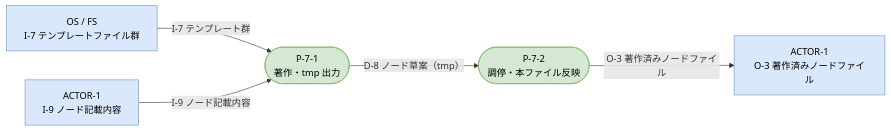
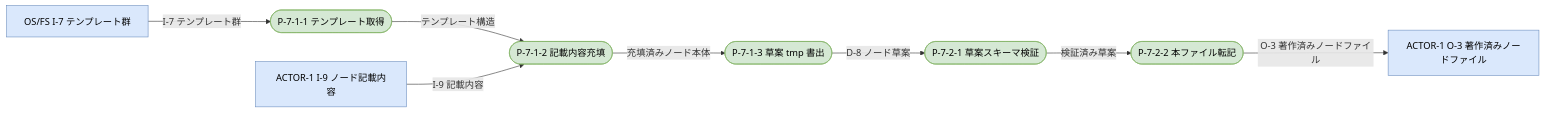
Before and after one commit to hiratashinnya/review-system: diagram 15 of 15 in doc-system/03-analysis/00-dfd.md, drawn with Mermaid. The commit also changed other lines of this file, not shown here.

````diff
--- a/doc-system/03-analysis/00-dfd.md
+++ b/doc-system/03-analysis/00-dfd.md
@@ -169,20 +401,23 @@
 ```mermaid
 flowchart LR
   classDef l1ext fill:#dae8fc,stroke:#6c8ebf,color:#000
   classDef proc  fill:#d5e8d4,stroke:#82b366,color:#000
 
-  %% L1 境界
-  LFS["OS / FS\nI-7 テンプレートファイル群"]:::l1ext
-  LA1in["ACTOR-1\nI-9 ノード記載内容"]:::l1ext
-  LA1out["ACTOR-1\nO-3 著作済みノードファイル"]:::l1ext
+  LFS["OS/FS I-7 テンプレート群"]:::l1ext
+  LA1in["ACTOR-1 I-9 ノード記載内容"]:::l1ext
+  LA1out["ACTOR-1 O-3 著作済みノードファイル"]:::l1ext
 
-  %% P-7 の子プロセス
-  P71(["P-7-1\n著作・tmp 出力"]):::proc
-  P72(["P-7-2\n調停・本ファイル反映"]):::proc
+  P711(["P-7-1-1 テンプレート取得"]):::proc
+  P712(["P-7-1-2 記載内容充填"]):::proc
+  P713(["P-7-1-3 草案 tmp 書出"]):::proc
+  P721(["P-7-2-1 草案スキーマ検証"]):::proc
+  P722(["P-7-2-2 本ファイル転記"]):::proc
 
-  %% データフロー
-  LFS    -->|"I-7 テンプレート群"| P71
-  LA1in  -->|"I-9 ノード記載内容"| P71
-  P71    -->|"D-8 ノード草案（tmp）"| P72
-  P72    -->|"O-3 著作済みノードファイル"| LA1out
+  LFS   -->|"I-7 テンプレート群"| P711
+  P711  -->|"テンプレート構造"| P712
+  LA1in -->|"I-9 記載内容"| P712
+  P712  -->|"充填済みノード本体"| P713
+  P713  -->|"D-8 ノード草案"| P721
+  P721  -->|"検証済み草案"| P722
+  P722  -->|"O-3 著作済みノードファイル"| LA1out
 ```
````
